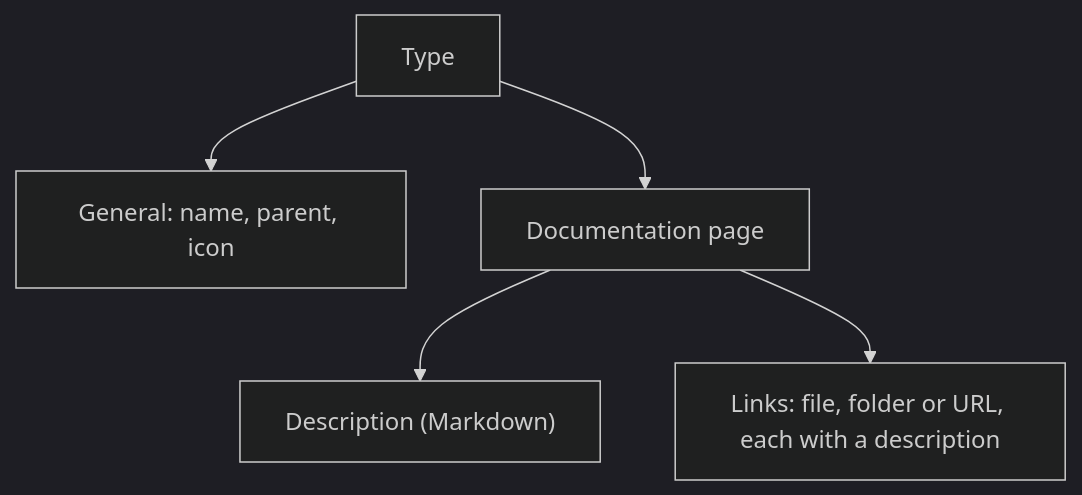
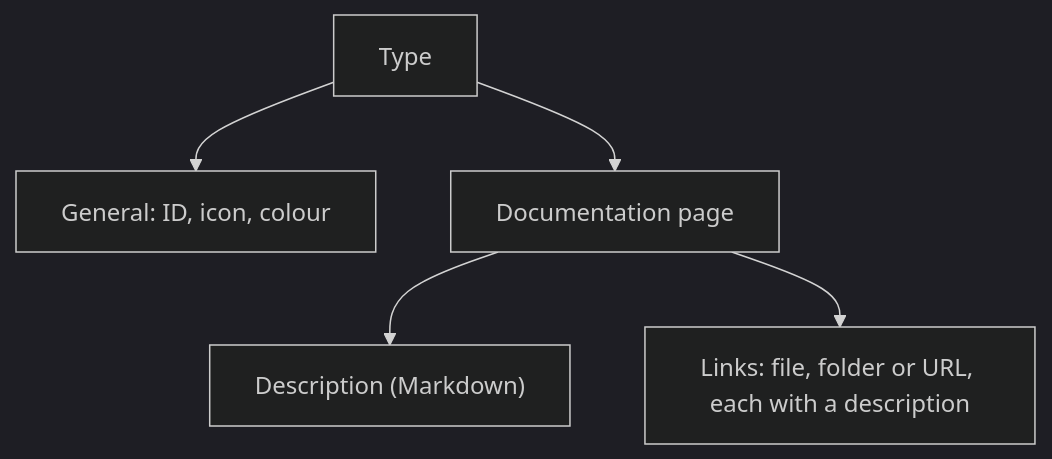
Diagram 18 of 51 in metadata/draft.md (AlexandreGallais/synoptic-studio-spec), drawn with Mermaid (dark theme) before and after one commit. The commit also changed other lines of this file and 2 other files, not shown here.

First line of the commit message:
docs(metadata): drop the parent from general and fix swapped icon colours

````diff
--- a/metadata/draft.md
+++ b/metadata/draft.md
@@ -381,7 +378,7 @@
 ```mermaid
 flowchart TD
-    T[Type] --> G["General: name, parent, icon"]
+    T[Type] --> G["General: ID, icon, colour"]
     T --> D[Documentation page]
     D --> D1["Description (Markdown)"]
     D --> D2["Links: file, folder or URL, each with a description"]
 ```
````
